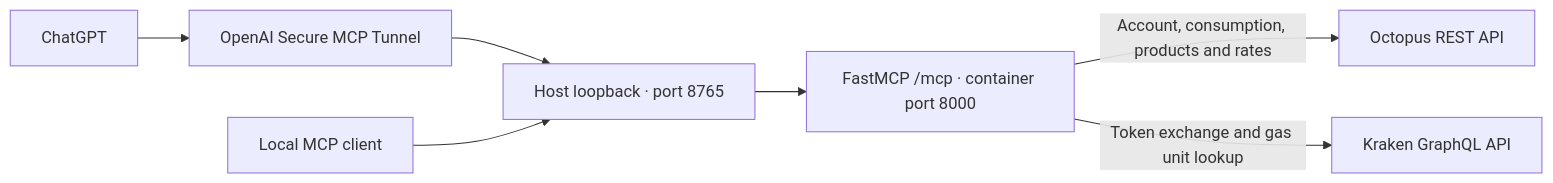
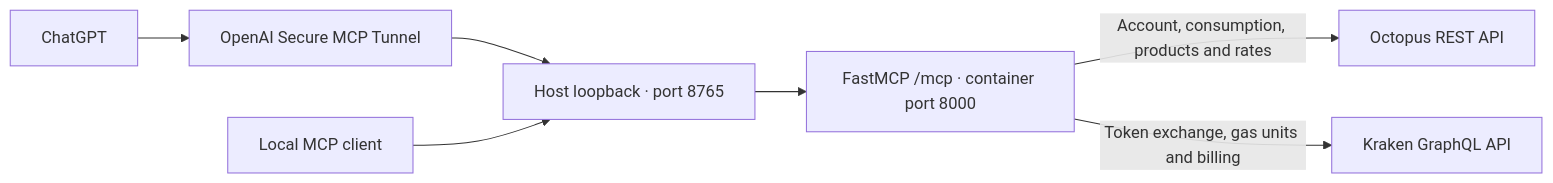
Before and after one commit to craigmpeters/Octopus-MCP-: the diagram in docs/ARCHITECTURE.md, drawn with Mermaid. The commit also changed other lines of this file and 3 other files, not shown here.

````diff
--- a/docs/ARCHITECTURE.md
+++ b/docs/ARCHITECTURE.md
@@ -7,9 +7,9 @@
 ```mermaid
 flowchart LR
     Client[ChatGPT] --> Tunnel[OpenAI Secure MCP Tunnel]
     Tunnel --> Host["Host loopback · port 8765"]
     Local[Local MCP client] --> Host
     Host --> Service["FastMCP /mcp · container port 8000"]
     Service -->|Account, consumption, products and rates| REST[Octopus REST API]
-    Service -->|Token exchange and gas unit lookup| Kraken[Kraken GraphQL API]
+    Service -->|Token exchange, gas units and billing| Kraken[Kraken GraphQL API]
 ```
````
